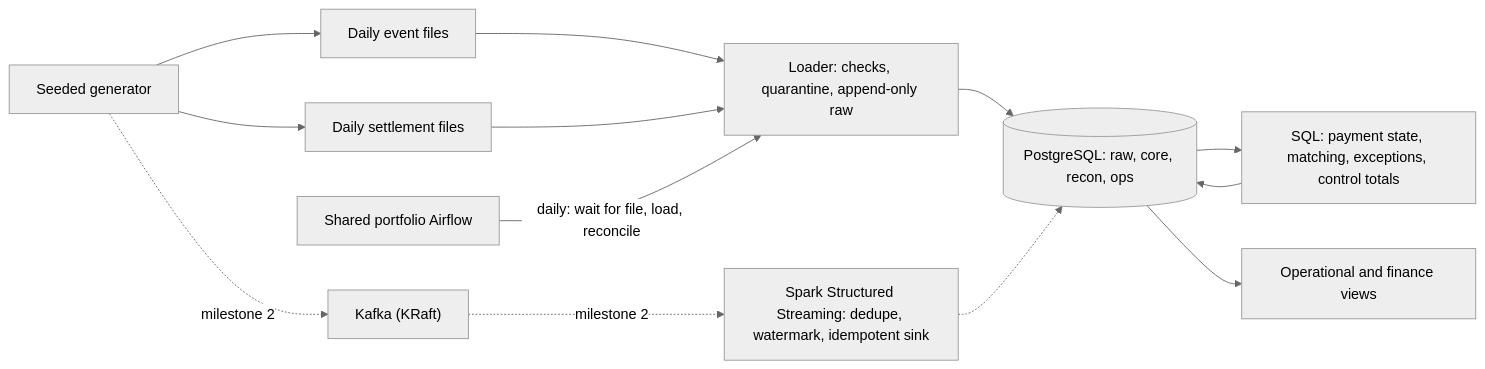
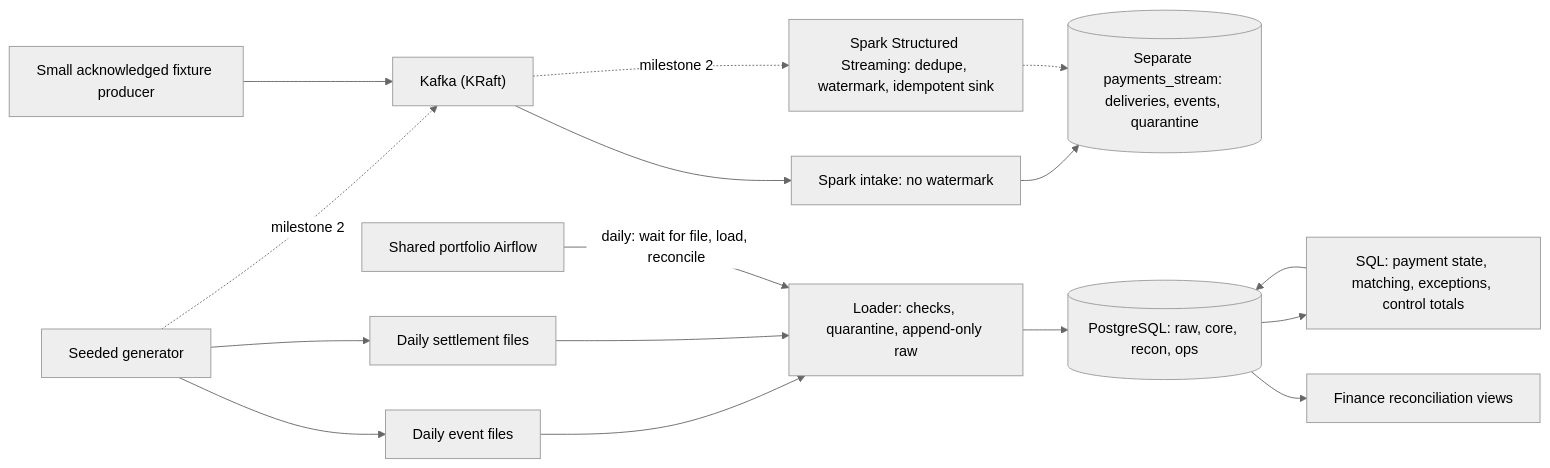
The diagram in cases/03-payment-reconciliation/docs/architecture.md (mhanssari/Data-AI-Engineering-Portfolio), drawn with Mermaid (neutral theme) before and after one commit. The commit also changed other lines of this file and 31 other files, not shown here.

Commit message:
feat(case-03): add durable Spark intake and optional streaming runtime

````diff
--- a/cases/03-payment-reconciliation/docs/architecture.md
+++ b/cases/03-payment-reconciliation/docs/architecture.md
@@ -7,14 +7,17 @@
 ```mermaid
 flowchart LR
   G["Seeded generator"] --> EF["Daily event files"]
   G --> SF["Daily settlement files"]
   G -. "milestone 2" .-> K["Kafka (KRaft)"]
+  FP["Small acknowledged fixture producer"] --> K
+  K --> SI["Spark intake: no watermark"]
+  SI --> SD[("Separate payments_stream: deliveries, events, quarantine")]
   EF & SF --> L["Loader: checks, quarantine, append-only raw"]
   L --> PG[("PostgreSQL: raw, core, recon, ops")]
   PG --> R["SQL: payment state, matching, exceptions, control totals"]
   R --> PG
   K -. "milestone 2" .-> S["Spark Structured Streaming: dedupe, watermark, idempotent sink"]
-  S -.-> PG
+  S -.-> SD
   AF["Shared portfolio Airflow"] -- "daily: wait for file, load, reconcile" --> L
-  PG --> V["Operational and finance views"]
+  PG --> V["Finance reconciliation views"]
 ```
````
